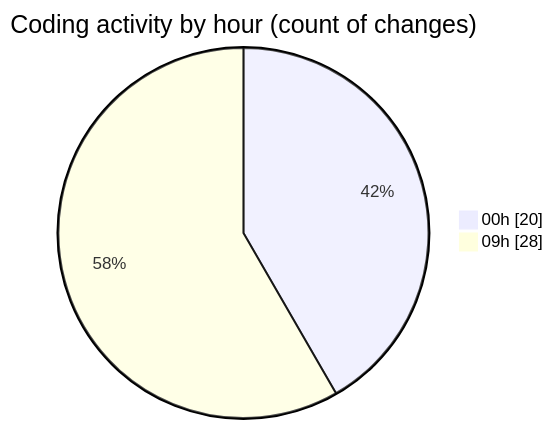
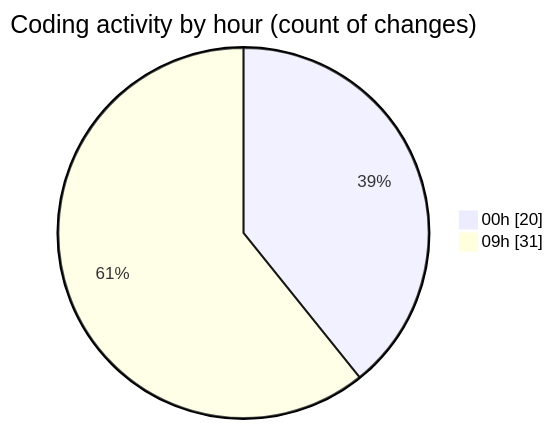
The second of 2 diagrams in 2025-03-19/cda/README.md (momahboobian/code-tracking), drawn with Mermaid before and after one commit. The commit also changed other lines of this file and 1 other file, not shown here.

````diff
--- a/2025-03-19/cda/README.md
+++ b/2025-03-19/cda/README.md
@@ -32,6 +32,6 @@
 ```mermaid
 pie showData
 title Coding activity by hour (count of changes)
 "00h" : 20
-"09h" : 28
+"09h" : 31
 ```
````
